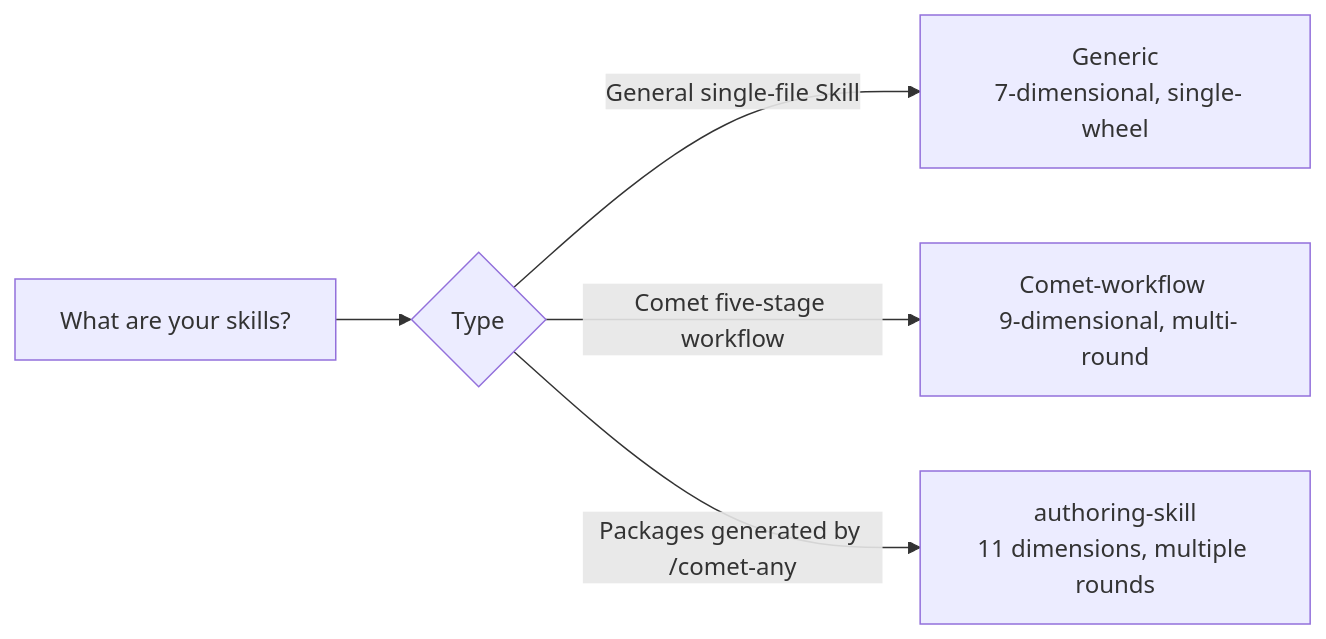
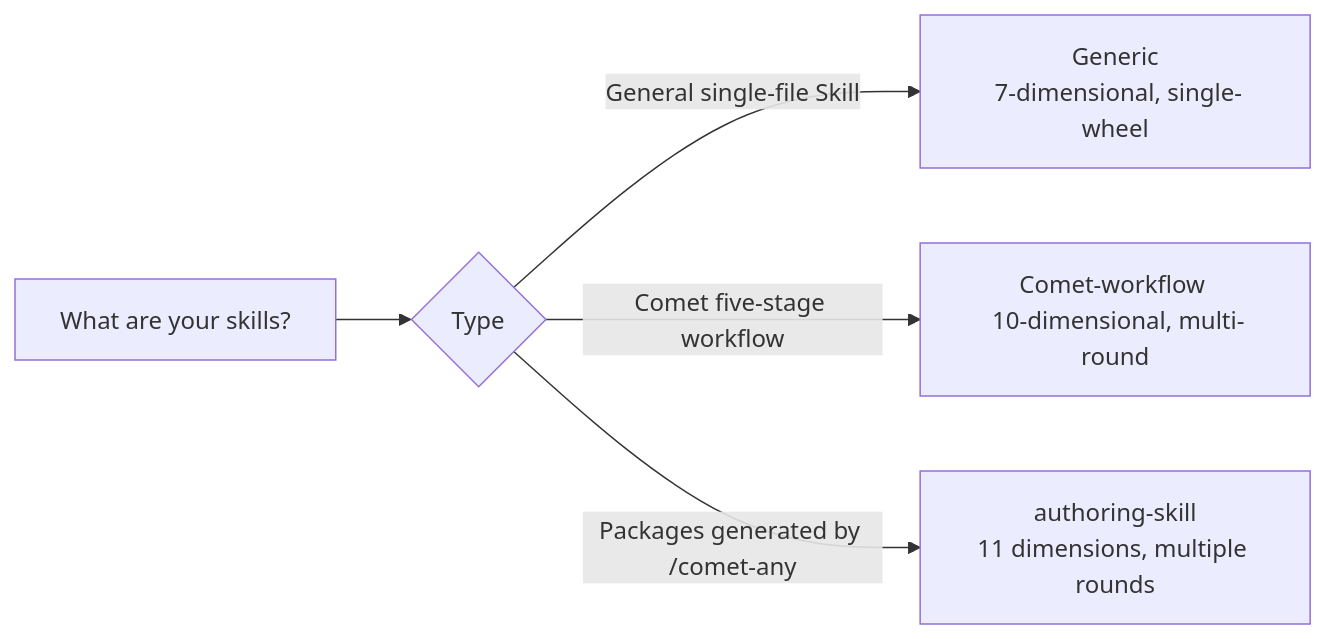
The second of 3 diagrams in en/eval/configuration.mdx (rpamis/comet-website-docs), drawn with Mermaid before and after one commit. The commit also changed other lines of this file and 34 other files, not shown here.

````diff
--- a/en/eval/configuration.mdx
+++ b/en/eval/configuration.mdx
@@ -269,7 +269,7 @@
 ```mermaid
 flowchart LR
     Q["What are your skills?"] --> Q1{"Type"}
     Q1 -->|"General single-file Skill"| G["Generic<br/> 7-dimensional, single-wheel"]
-    Q1 -->|"Comet five-stage workflow"| CW["Comet-workflow <br/> 9-dimensional, multi-round"]
+    Q1 -->|"Comet five-stage workflow"| CW["Comet-workflow <br/> 10-dimensional, multi-round"]
     Q1 -->|"Packages generated by /comet-any"| AS["authoring-skill<br/>11 dimensions, multiple rounds"]
 ```
````
